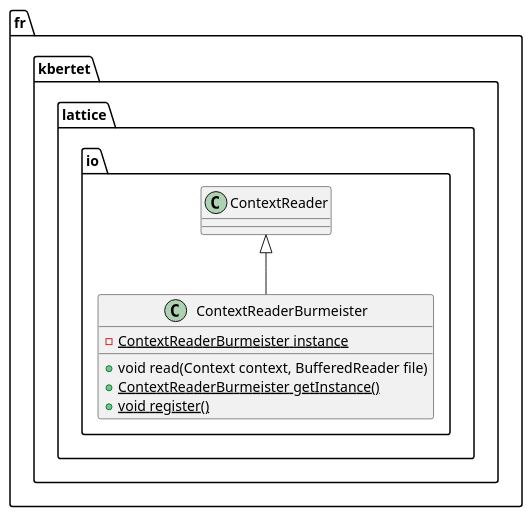
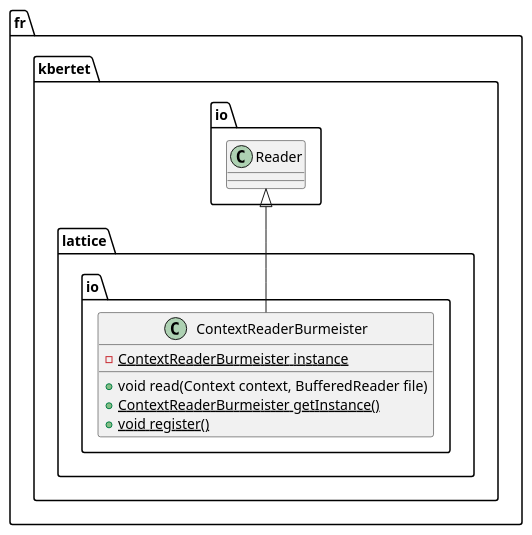
The diagram in src/main/javadoc/resources/fr/kbertet/context/io/ContextReaderBurmeister.iuml (thegalactic/java-lattices), drawn with PlantUML before and after one commit. The commit also changed 28 other files, not shown here.

```diff
--- a/src/main/javadoc/resources/fr/kbertet/context/io/ContextReaderBurmeister.iuml
+++ b/src/main/javadoc/resources/fr/kbertet/context/io/ContextReaderBurmeister.iuml
@@ -1,10 +1,10 @@
 package fr.kbertet.lattice.io {
     class ContextReaderBurmeister {
     	-{static}ContextReaderBurmeister instance
         +void read(Context context, BufferedReader file)
         +{static}ContextReaderBurmeister getInstance()
         +{static}void register()
     }
 
-    ContextReader <|-- ContextReaderBurmeister
+    fr.kbertet.io.Reader <|-- ContextReaderBurmeister
 }
```
